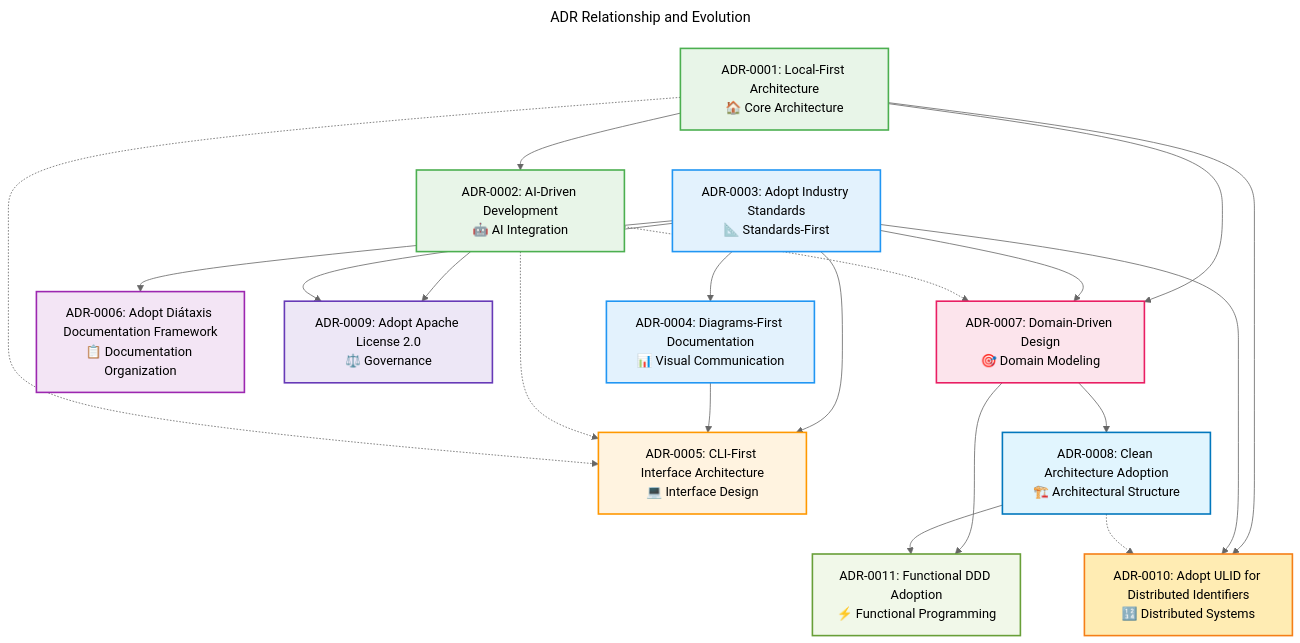
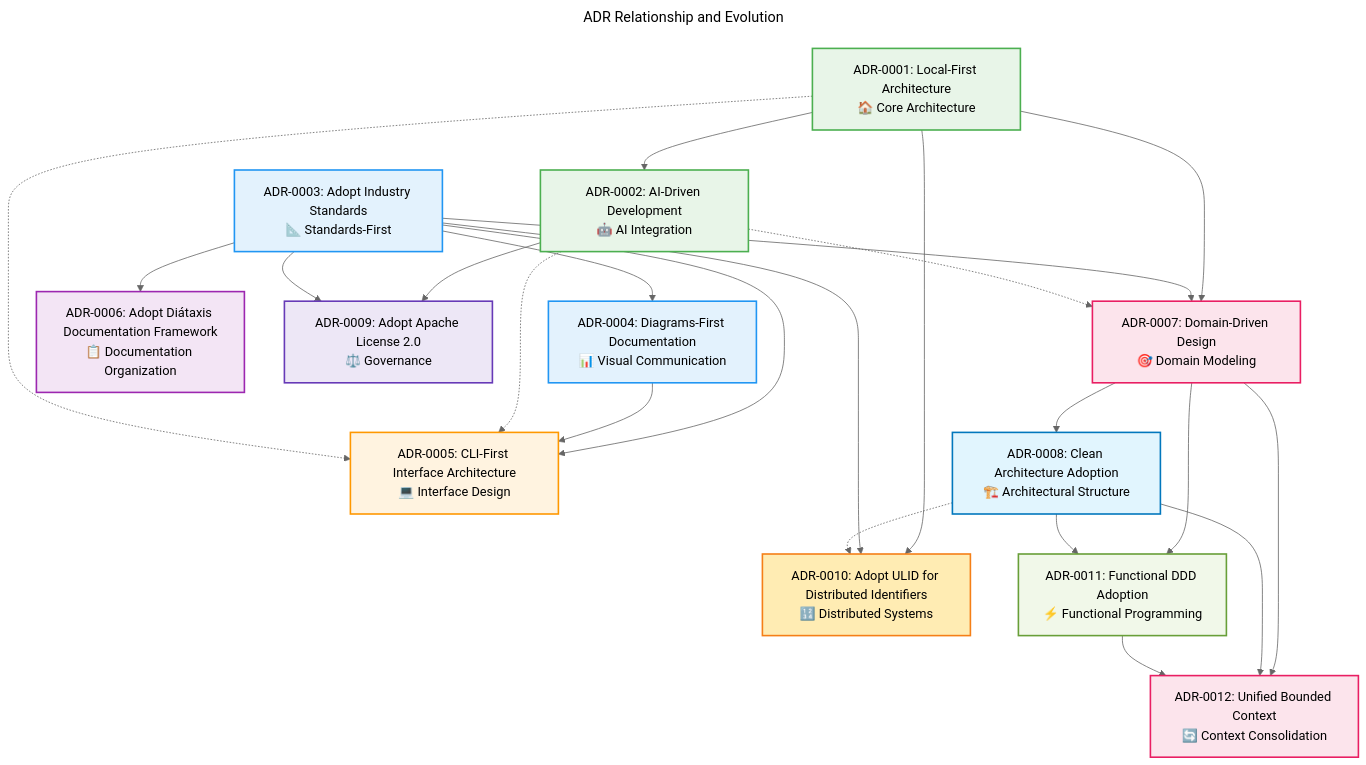
Before and after one commit to kamiazya/scopes: the second of 2 diagrams in docs/explanation/adr/README.md, drawn with Mermaid. The commit also changed other lines of this file and 6 other files, not shown here.

First line of the commit message:
docs: Update documentation structure after bounded context refactoring

````diff
--- a/docs/explanation/adr/README.md
+++ b/docs/explanation/adr/README.md
@@ -131,73 +131,78 @@
 ```mermaid
 ---
 title: ADR Relationship and Evolution
 ---
 %%{init: {"theme": "neutral", "themeVariables": {"primaryColor": "#4caf50", "primaryTextColor": "#2e7d32", "primaryBorderColor": "#2e7d32"}}}%%
 graph TD
   %% Foundation ADRs
   ADR_001[ADR-0001: Local-First Architecture<br/>🏠 Core Architecture]
 
   %% Standards and Principles
   ADR_002[ADR-0002: AI-Driven Development<br/>🤖 AI Integration]
   ADR_003[ADR-0003: Adopt Industry Standards<br/>📐 Standards-First]
 
   %% Implementation Approach
   ADR_004[ADR-0004: Diagrams-First Documentation<br/>📊 Visual Communication]
   ADR_005[ADR-0005: CLI-First Interface Architecture<br/>💻 Interface Design]
 
   %% Process and Organization
   ADR_006[ADR-0006: Adopt Diátaxis Documentation Framework<br/>📋 Documentation Organization]
   ADR_009[ADR-0009: Adopt Apache License 2.0<br/>⚖️ Governance]
 
 
   %% Architecture Design
   ADR_007[ADR-0007: Domain-Driven Design<br/>🎯 Domain Modeling]
   ADR_008[ADR-0008: Clean Architecture Adoption<br/>🏗️ Architectural Structure]
   ADR_0010[ADR-0010: Adopt ULID for Distributed Identifiers<br/>🔢 Distributed Systems]
   ADR_0011[ADR-0011: Functional DDD Adoption<br/>⚡ Functional Programming]
+  ADR_0012[ADR-0012: Unified Bounded Context<br/>🔄 Context Consolidation]
 
   %% Dependencies
   ADR_003 --> ADR_004
   ADR_003 --> ADR_005
   ADR_001 --> ADR_002
   ADR_003 --> ADR_006
   ADR_004 --> ADR_005
   ADR_001 --> ADR_007
   ADR_003 --> ADR_007
   ADR_007 --> ADR_008
   ADR_002 --> ADR_009
   ADR_003 --> ADR_009
   ADR_001 --> ADR_0010
   ADR_003 --> ADR_0010
   ADR_007 --> ADR_0011
   ADR_008 --> ADR_0011
+  ADR_007 --> ADR_0012
+  ADR_008 --> ADR_0012
+  ADR_0011 --> ADR_0012
 
 
   %% Influences (dotted lines)
   ADR_002 -.-> ADR_005
   ADR_001 -.-> ADR_005
   ADR_002 -.-> ADR_007
   ADR_008 -.-> ADR_0010
 
   %% Styling
   classDef foundation fill:#e8f5e8,stroke:#4caf50,stroke-width:2px
   classDef standards fill:#e3f2fd,stroke:#2196f3,stroke-width:2px
   classDef implementation fill:#fff3e0,stroke:#ff9800,stroke-width:2px
   classDef process fill:#f3e5f5,stroke:#9c27b0,stroke-width:2px
   classDef architecture fill:#fce4ec,stroke:#e91e63,stroke-width:2px
   classDef governance fill:#ede7f6,stroke:#673ab7,stroke-width:2px
   classDef distributed fill:#ffecb3,stroke:#f57f17,stroke-width:2px
   classDef structural fill:#e1f5fe,stroke:#0277bd,stroke-width:2px
   classDef functional fill:#f1f8e9,stroke:#689f38,stroke-width:2px
 
 
   class ADR_001,ADR_002 foundation
   class ADR_003,ADR_004 standards
   class ADR_005 implementation
   class ADR_006 process
   class ADR_007 architecture
   class ADR_008 structural
   class ADR_009 governance
   class ADR_0010 distributed
   class ADR_0011 functional
+  class ADR_0012 architecture
 ```
````
